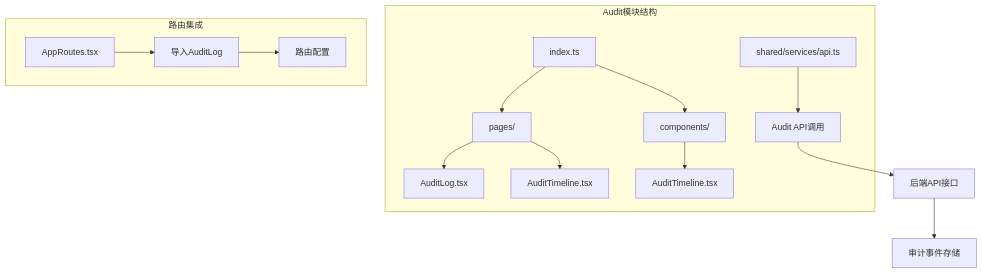
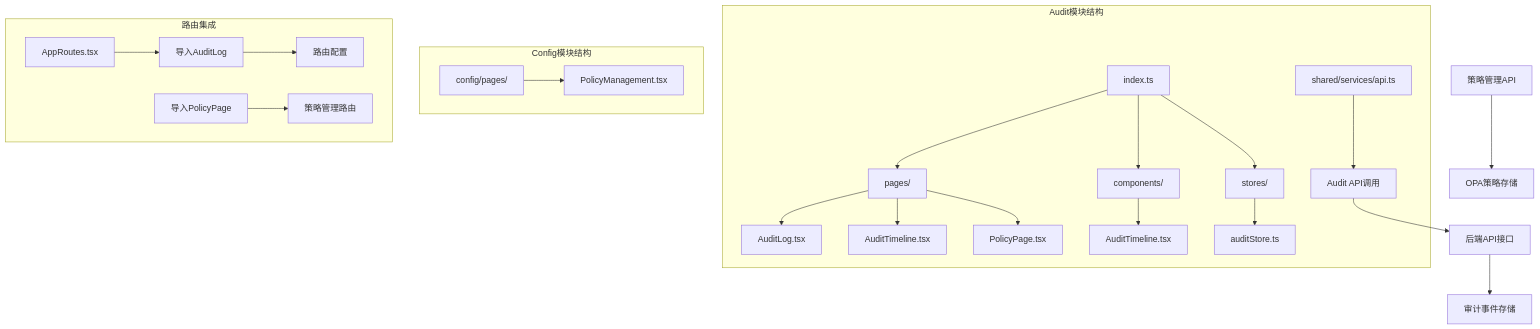
Before and after one commit to inier/ontology-graphiti: the first of 11 diagrams in .qoder/repowiki/zh/content/前端架构/业务模块前端实现/Audit模块.md, drawn with Mermaid. The commit also changed other lines of this file and 64 other files, not shown here.

````diff
--- a/.qoder/repowiki/zh/content/前端架构/业务模块前端实现/Audit模块.md
+++ b/.qoder/repowiki/zh/content/前端架构/业务模块前端实现/Audit模块.md
@@ -39,17 +53,25 @@
 ```mermaid
 graph TB
 subgraph "Audit模块结构"
 A[index.ts] --> B[pages/]
 A --> C[components/]
-B --> D[AuditLog.tsx]
-B --> E[AuditTimeline.tsx]
-C --> F[AuditTimeline.tsx]
-G[shared/services/api.ts] --> H[Audit API调用]
+A --> D[stores/]
+B --> E[AuditLog.tsx]
+B --> F[AuditTimeline.tsx]
+B --> G[PolicyPage.tsx]
+C --> H[AuditTimeline.tsx]
+D --> I[auditStore.ts]
+J[shared/services/api.ts] --> K[Audit API调用]
+end
+subgraph "Config模块结构"
+L[config/pages/] --> M[PolicyManagement.tsx]
 end
 subgraph "路由集成"
-I[AppRoutes.tsx] --> J[导入AuditLog]
-J --> K[路由配置]
+N[AppRoutes.tsx] --> O[导入AuditLog]
+O --> P[路由配置]
+Q[导入PolicyPage] --> R[策略管理路由]
 end
-H --> L[后端API接口]
-L --> M[审计事件存储]
+K --> S[后端API接口]
+S --> T[审计事件存储]
+U[策略管理API] --> V[OPA策略存储]
 ```
````
